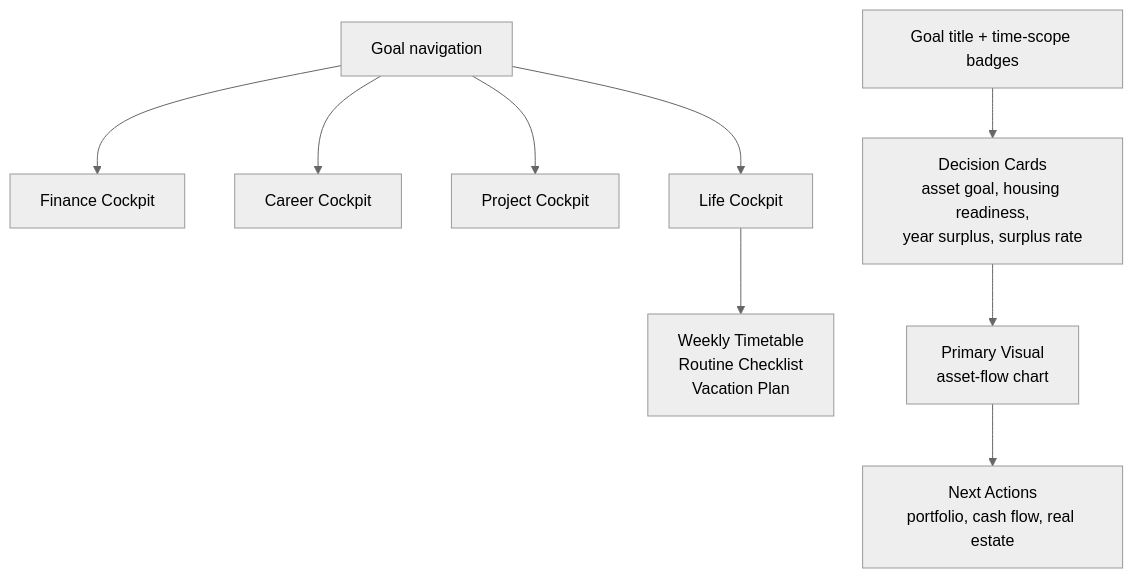
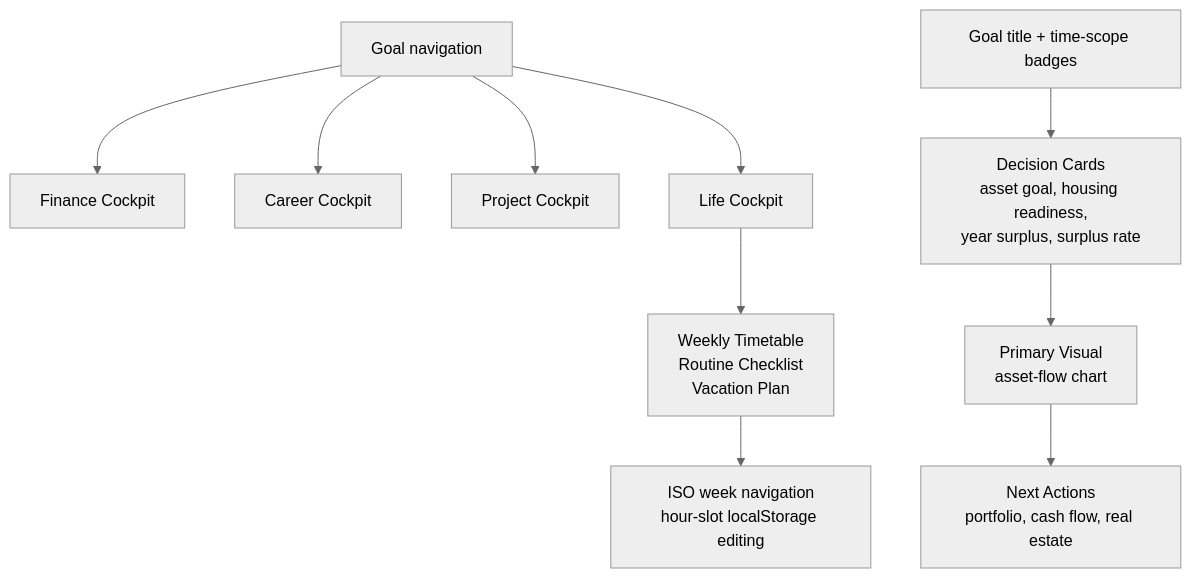
The fifth of 15 diagrams in docs/02-design/current-architecture-map.md (ksg0694-ops/NetVisualizer), drawn with Mermaid (neutral theme) before and after one commit. The commit also changed 3 other files, not shown here.

Commit message:
Make weekly timetable editable by week

````diff
--- a/docs/02-design/current-architecture-map.md
+++ b/docs/02-design/current-architecture-map.md
@@ -90,12 +90,13 @@
 ```mermaid
 flowchart TD
     GoalNav["Goal navigation"] --> FinanceGoal["Finance Cockpit"]
     GoalNav --> CareerGoal["Career Cockpit"]
     GoalNav --> ProjectGoal["Project Cockpit"]
     GoalNav --> LifeGoal["Life Cockpit"]
     LifeGoal --> LifeTools["Weekly Timetable\nRoutine Checklist\nVacation Plan"]
+    LifeTools --> WeeklyTimetable["ISO week navigation\nhour-slot localStorage editing"]
 
     Header["Goal title + time-scope badges"] --> DecisionCards["Decision Cards\nasset goal, housing readiness,\nyear surplus, surplus rate"]
     DecisionCards --> PrimaryVisual["Primary Visual\nasset-flow chart"]
     PrimaryVisual --> NextActions["Next Actions\nportfolio, cash flow, real estate"]
 ```
````
